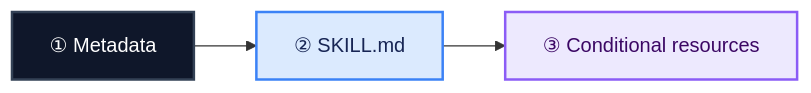
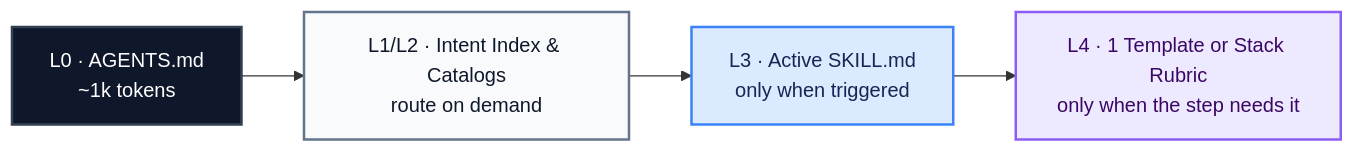
Before and after one commit to rmjosea/agentic-sdlc-kit: the fifth of 5 diagrams in README.md, drawn with Mermaid. The commit also changed other lines of this file and 180 other files, not shown here.

````diff
--- a/README.md
+++ b/README.md
@@ -184,11 +277,13 @@
 ```mermaid
 flowchart LR
-    A["① Metadata"] --> B["② SKILL.md"] --> C["③ Conditional resources"]
+    A["L0 · AGENTS.md<br/>~1k tokens"] --> B["L1/L2 · Intent Index & Catalogs<br/>route on demand"] --> C["L3 · Active SKILL.md<br/>only when triggered"] --> D["L4 · 1 Template or Stack Rubric<br/>only when the step needs it"]
 
     classDef discovery fill:#0f172a,color:#ffffff,stroke:#334155,stroke-width:2px;
+    classDef index fill:#f8fafc,color:#0f172a,stroke:#64748b,stroke-width:2px;
     classDef procedure fill:#dbeafe,color:#172554,stroke:#3b82f6,stroke-width:2px;
     classDef resource fill:#ede9fe,color:#3b0764,stroke:#8b5cf6,stroke-width:2px;
     class A discovery;
-    class B procedure;
-    class C resource;
+    class B index;
+    class C procedure;
+    class D resource;
 ```
````
